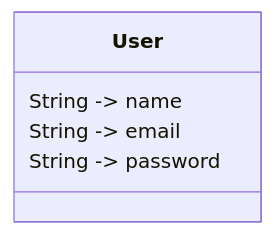
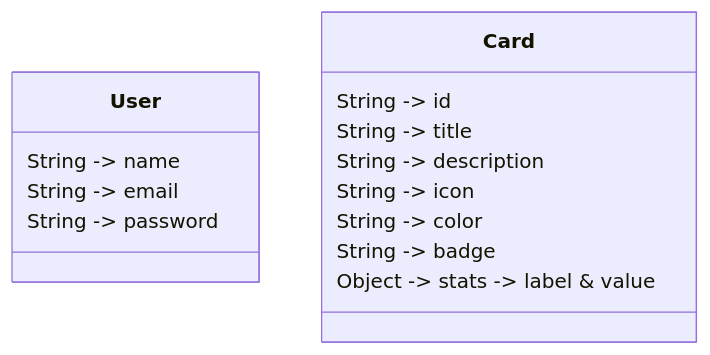
Before and after one commit to Edgar0bsj/admin-x: the second of 2 diagrams in adminx-api/README.md, drawn with Mermaid. The commit also changed other lines of this file and 5 other files, not shown here.

````diff
--- a/adminx-api/README.md
+++ b/adminx-api/README.md
@@ -39,8 +59,17 @@
 ```mermaid
 classDiagram
     class User{
         String -> name
         String -> email
         String -> password
     }
+    class Card{
+        String -> id
+        String -> title
+        String -> description
+        String -> icon
+        String -> color
+        String -> badge
+        Object -> stats -> label & value
+    }
 ```
````
